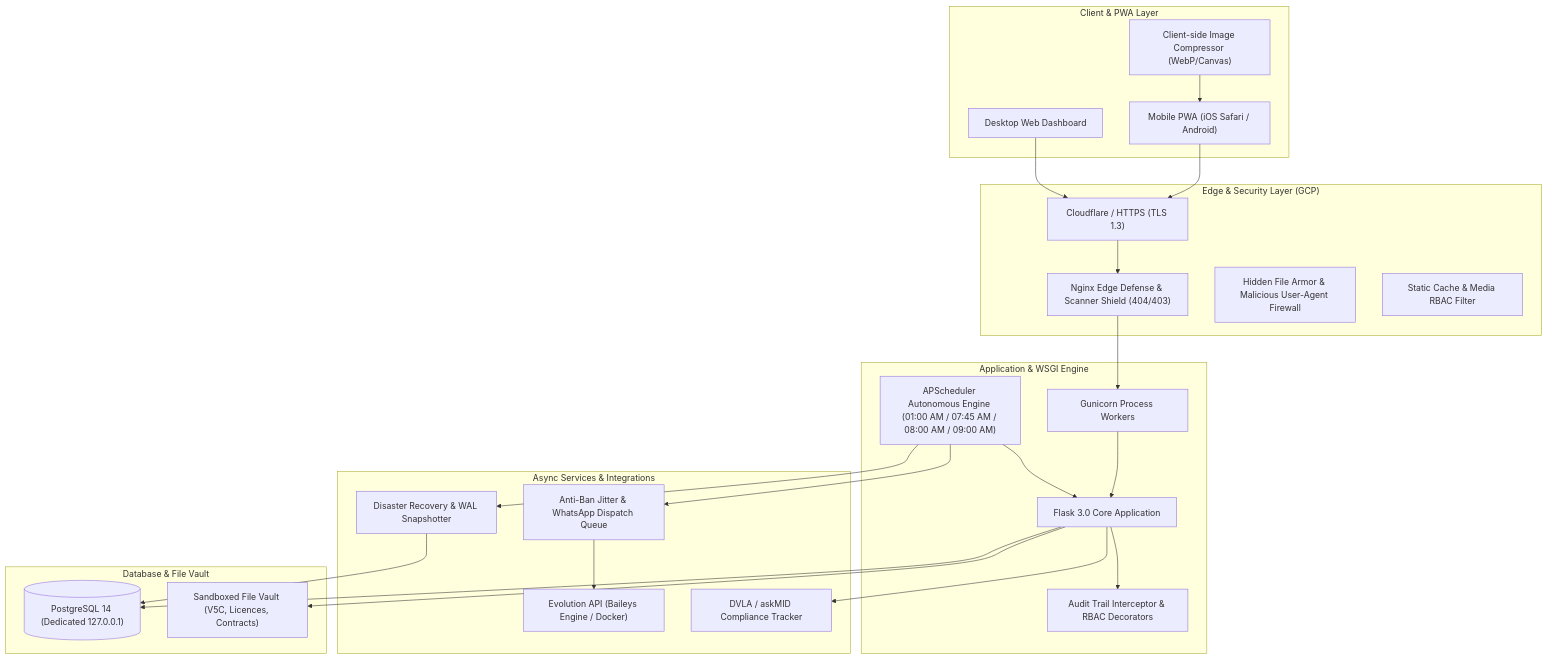
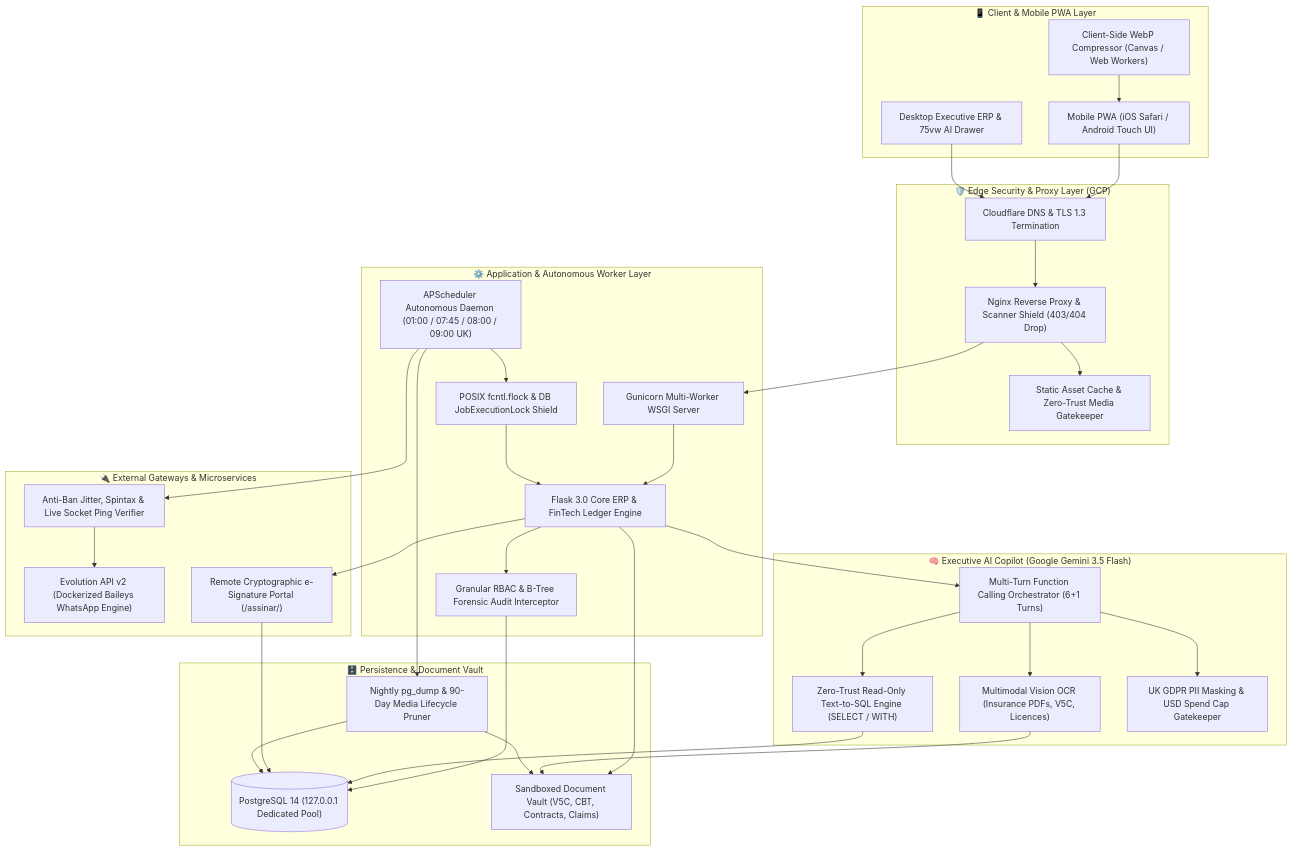
One commit to tmuniz570/enterprise-fleet-management-showcase changed the first of 3 diagrams in README.md. Above: the diagram before and after it, drawn with Mermaid. The commit also changed other lines of this file, not shown here.

Commit message:
docs(showcase): comprehensive recruiter-focused architecture & AI engineering case study (v1.9.101)

````diff
--- a/README.md
+++ b/README.md
@@ -41,49 +47,55 @@
 ```mermaid
 flowchart TD
-    subgraph ClientLayer ["Client & PWA Layer"]
-        A1["Mobile PWA (iOS Safari / Android)"]
-        A2["Desktop Web Dashboard"]
-        A3["Client-side Image Compressor (WebP/Canvas)"]
+    subgraph ClientLayer ["📱 Client & Mobile PWA Layer"]
+        A1["Mobile PWA (iOS Safari / Android Touch UI)"]
+        A2["Desktop Executive ERP & 75vw AI Drawer"]
+        A3["Client-Side WebP Compressor (Canvas / Web Workers)"]
     end
 
-    subgraph EdgeLayer ["Edge & Security Layer (GCP)"]
-        B1["Cloudflare / HTTPS (TLS 1.3)"]
-        B2["Nginx Edge Defense & Scanner Shield (404/403)"]
-        B3["Hidden File Armor & Malicious User-Agent Firewall"]
-        B4["Static Cache & Media RBAC Filter"]
+    subgraph EdgeLayer ["🛡️ Edge Security & Proxy Layer (GCP)"]
+        B1["Cloudflare DNS & TLS 1.3 Termination"]
+        B2["Nginx Reverse Proxy & Scanner Shield (403/404 Drop)"]
+        B3["Static Asset Cache & Zero-Trust Media Gatekeeper"]
     end
 
-    subgraph AppLayer ["Application & WSGI Engine"]
-        C1["Gunicorn Process Workers"]
-        C2["Flask 3.0 Core Application"]
-        C3["APScheduler Autonomous Engine (01:00 AM / 07:45 AM / 08:00 AM / 09:00 AM)"]
-        C4["Audit Trail Interceptor & RBAC Decorators"]
+    subgraph AppLayer ["⚙️ Application & Autonomous Worker Layer"]
+        C1["Gunicorn Multi-Worker WSGI Server"]
+        C2["Flask 3.0 Core ERP & FinTech Ledger Engine"]
+        C3["APScheduler Autonomous Daemon (01:00 / 07:45 / 08:00 / 09:00 UK)"]
+        C4["POSIX fcntl.flock & DB JobExecutionLock Shield"]
+        C5["Granular RBAC & B-Tree Forensic Audit Interceptor"]
     end
 
-    subgraph ServiceLayer ["Async Services & Integrations"]
-        D1["Evolution API (Baileys Engine / Docker)"]
-        D2["Anti-Ban Jitter & WhatsApp Dispatch Queue"]
-        D3["DVLA / askMID Compliance Tracker"]
-        D4["Disaster Recovery & WAL Snapshotter"]
+    subgraph AILayer ["🧠 Executive AI Copilot (Google Gemini 3.5 Flash)"]
+        G1["Multi-Turn Function Calling Orchestrator (6+1 Turns)"]
+        G2["Zero-Trust Read-Only Text-to-SQL Engine (SELECT / WITH)"]
+        G3["Multimodal Vision OCR (Insurance PDFs, V5C, Licences)"]
+        G4["UK GDPR PII Masking & USD Spend Cap Gatekeeper"]
     end
 
-    subgraph StorageLayer ["Database & File Vault"]
-        E1[("PostgreSQL 14 (Dedicated 127.0.0.1)")]
-        E2["Sandboxed File Vault (V5C, Licences, Contracts)"]
+    subgraph AsyncServices ["🔌 External Gateways & Microservices"]
+        D1["Evolution API v2 (Dockerized Baileys WhatsApp Engine)"]
+        D2["Anti-Ban Jitter, Spintax & Live Socket Ping Verifier"]
+        D3["Remote Cryptographic e-Signature Portal (/assinar/<token>)"]
     end
 
-    A1 & A2 --> B1
+    subgraph StorageLayer ["🗄️ Persistence & Document Vault"]
+        E1[("PostgreSQL 14 (127.0.0.1 Dedicated Pool)")]
+        E2["Sandboxed Document Vault (V5C, CBT, Contracts, Claims)"]
+        E3["Nightly pg_dump & 90-Day Media Lifecycle Pruner"]
+    end
+
     A3 --> A1
-    B1 --> B2
-    B2 --> C1
-    C1 --> C2
-    C2 --> C4
-    C2 --> E1
+    A1 & A2 --> B1 --> B2 --> C1 --> C2
+    B2 --> B3
+    C2 --> C5 --> E1
     C2 --> E2
-    C3 --> C2
-    C3 --> D2
-    D2 --> D1
-    C2 --> D3
-    C3 --> D4
-    D4 --> E1
+    C3 --> C4 --> C2
+    C2 --> G1
+    G1 --> G2 & G3 & G4
+    G2 --> E1
+    G3 --> E2
+    C3 --> D2 --> D1
+    C2 --> D3 --> E1
+    C3 --> E3 --> E1 & E2
 ```
````
